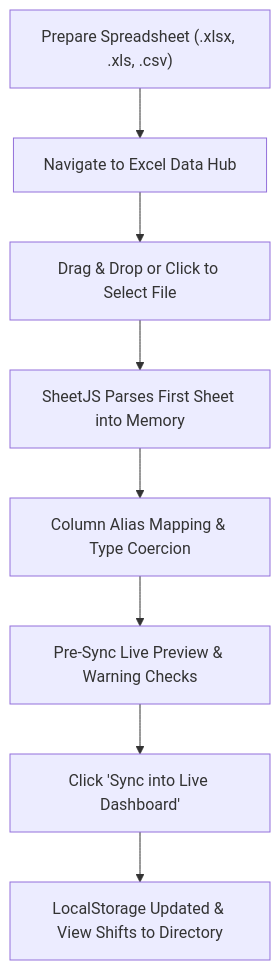
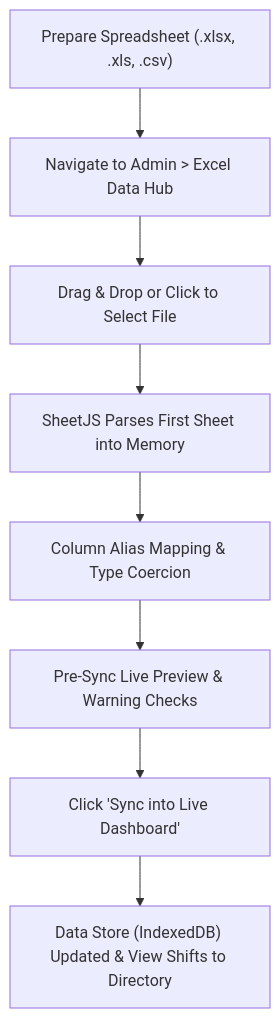
One commit to Utharam/HR-Dashboard changed the diagram in docs/EXCEL_SHEET_HANDLING_GUIDE.md. Above: the diagram before and after it, drawn with Mermaid. The commit also changed other lines of this file and 2 other files, not shown here.

Commit message:
docs: document IndexedDB, leave planner and admin snapshots

````diff
--- a/docs/EXCEL_SHEET_HANDLING_GUIDE.md
+++ b/docs/EXCEL_SHEET_HANDLING_GUIDE.md
@@ -134,10 +134,10 @@
 ```mermaid
 flowchart TD
-    A["Prepare Spreadsheet (.xlsx, .xls, .csv)"] --> B["Navigate to Excel Data Hub"]
+    A["Prepare Spreadsheet (.xlsx, .xls, .csv)"] --> B["Navigate to Admin > Excel Data Hub"]
     B --> C["Drag & Drop or Click to Select File"]
     C --> D["SheetJS Parses First Sheet into Memory"]
     D --> E["Column Alias Mapping & Type Coercion"]
     E --> F["Pre-Sync Live Preview & Warning Checks"]
     F --> G["Click 'Sync into Live Dashboard'"]
-    G --> H["LocalStorage Updated & View Shifts to Directory"]
+    G --> H["Data Store (IndexedDB) Updated & View Shifts to Directory"]
 ```
````
